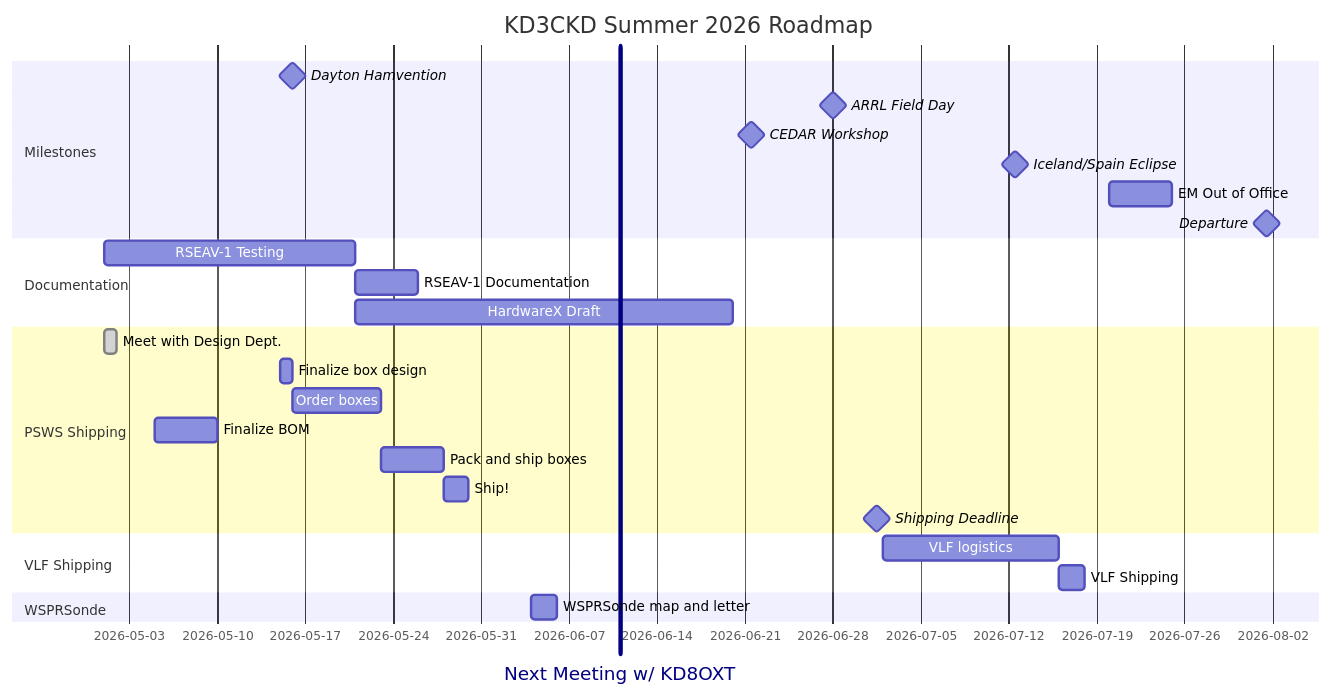
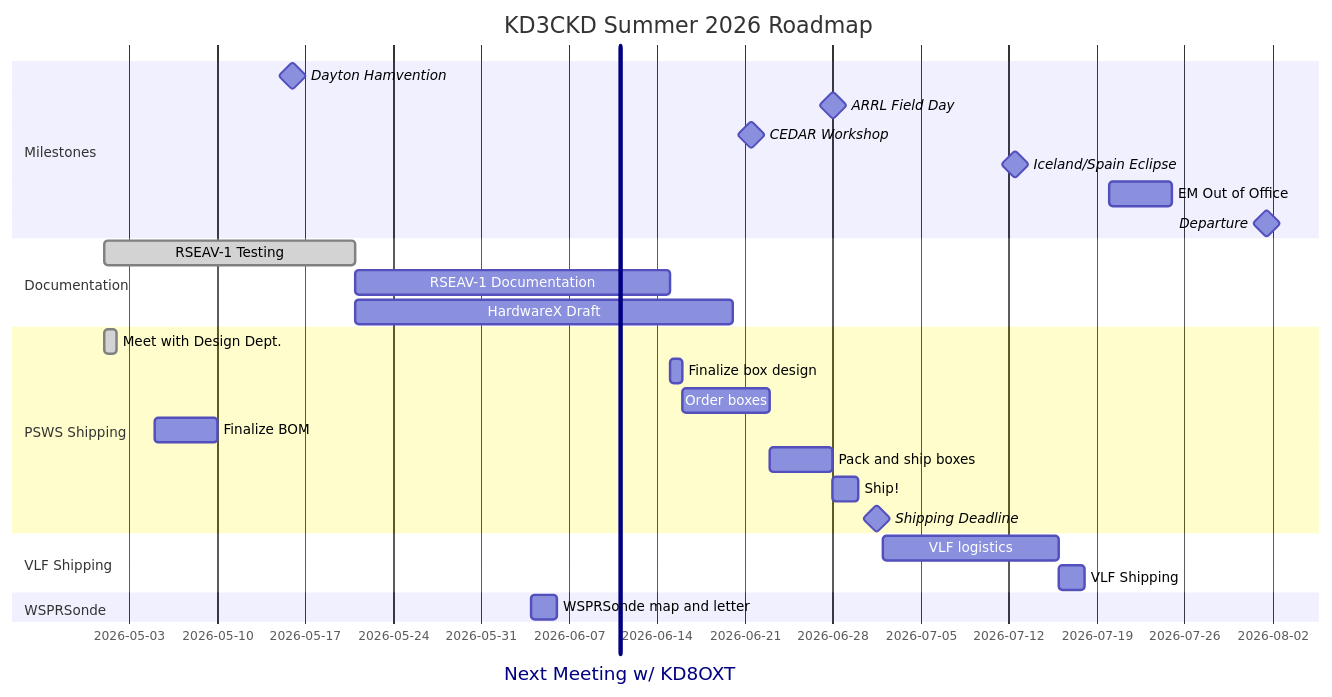
Before and after one commit to HamSCI/psws-charette: the diagram in emma_gantt.md, drawn with Mermaid. The commit also changed other lines of this file, not shown here.

````diff
--- a/emma_gantt.md
+++ b/emma_gantt.md
@@ -1,31 +1,31 @@
 ```mermaid
 gantt
     title KD3CKD Summer 2026 Roadmap
     Next Meeting w/ KD8OXT :vert, 2026-06-11, 0d
     dateFormat YYYY-MM
 section Milestones
         Dayton Hamvention       : milestone, hamvention, 2026-05-15, 2d
         ARRL Field Day       : milestone, fieldday, 2026-06-27, 2d
         CEDAR Workshop    : milestone, CEDAR, 2026-06-21, 1d 
         Iceland/Spain Eclipse       : milestone, Eclipse, 2026-07-12, 1d
         EM Out of Office : oof, 2026-07-20, 5d
         Departure       : milestone, end, 2026-08-01, 1d
                                 
 section Documentation
-       RSEAV-1 Testing    :antennatest, 2026-05-1, 20d
-       RSEAV-1 Documentation    :antennadoc, after antennatest, 5d
+       RSEAV-1 Testing    :done, antennatest, 2026-05-1, 20d
+       RSEAV-1 Documentation    :antennadoc, after antennatest, 25d
        HardwareX Draft :hardwarex, after antennatest, 30d
 section PSWS Shipping
        Meet with Design Dept. :done, designmeet, 2026-05-01, 1d
-       Finalize box design: boxdesign, 2026-05-15, 1d
+       Finalize box design: boxdesign, 2026-06-15, 1d
        Order boxes: boxorder, after boxdesign, 7d
        Finalize BOM: BOM, 2026-05-05, 5d
        Pack and ship boxes: packing, after BOM boxorder, 5d
        Ship!: ship, after packing, 2d
        Shipping Deadline      :milestone, shippingdeadline, 2026-07-01, 1d
 section VLF Shipping
        VLF logistics: vlflog, after shippingdeadline, 2w
        VLF Shipping: vlfship, after vlflog, 2d
 section WSPRSonde
        WSPRSonde map and letter: wsprsondeletter, 2026-06-04, 2d
 ```
````
